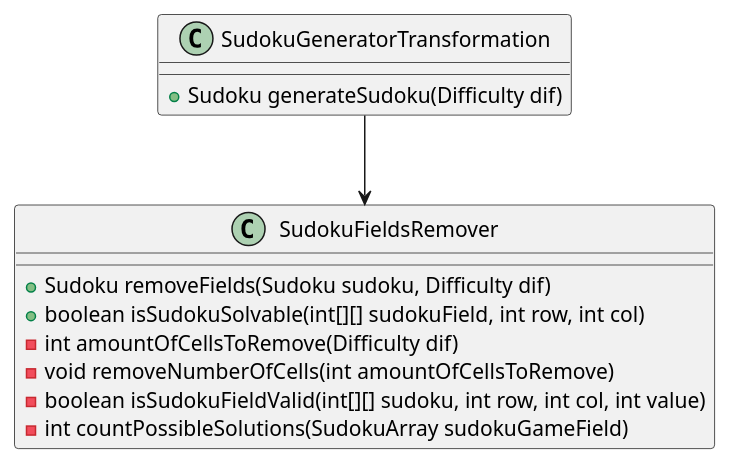
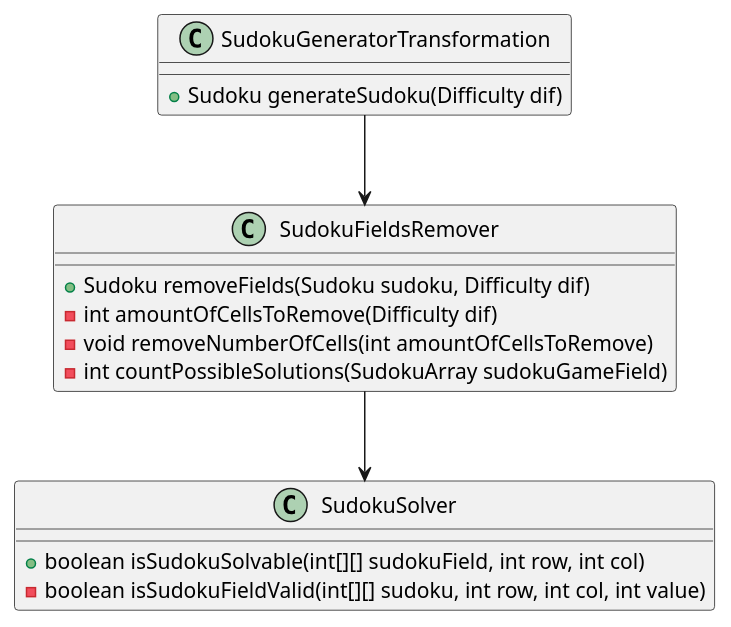
One commit to mohjohfox/cli-sudoku changed the diagram in uml/solid/srp_3.puml. Above: the diagram before and after it, drawn with PlantUML. The commit also changed 1 other file, not shown here.

```diff
--- a/uml/solid/srp_3.puml
+++ b/uml/solid/srp_3.puml
@@ -1,16 +1,20 @@
 @startuml
 class SudokuFieldsRemover {
    + Sudoku removeFields(Sudoku sudoku, Difficulty dif)
-   + boolean isSudokuSolvable(int[][] sudokuField, int row, int col)
    - int amountOfCellsToRemove(Difficulty dif)
    - void removeNumberOfCells(int amountOfCellsToRemove)
-   - boolean isSudokuFieldValid(int[][] sudoku, int row, int col, int value)
    - int countPossibleSolutions(SudokuArray sudokuGameField)
 }
 
 class SudokuGeneratorTransformation {
     + Sudoku generateSudoku(Difficulty dif)
 }
 
+class SudokuSolver {
+    + boolean isSudokuSolvable(int[][] sudokuField, int row, int col)
+    - boolean isSudokuFieldValid(int[][] sudoku, int row, int col, int value)
+}
+
+SudokuFieldsRemover --> SudokuSolver
 SudokuGeneratorTransformation --> SudokuFieldsRemover
 @enduml
```
